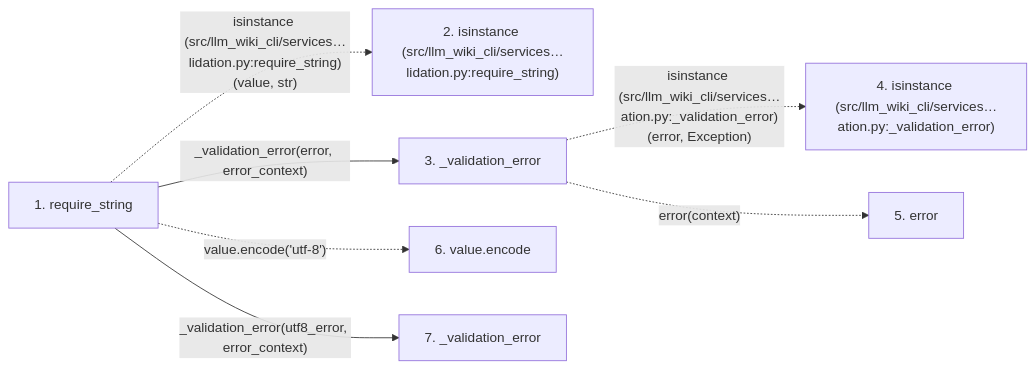
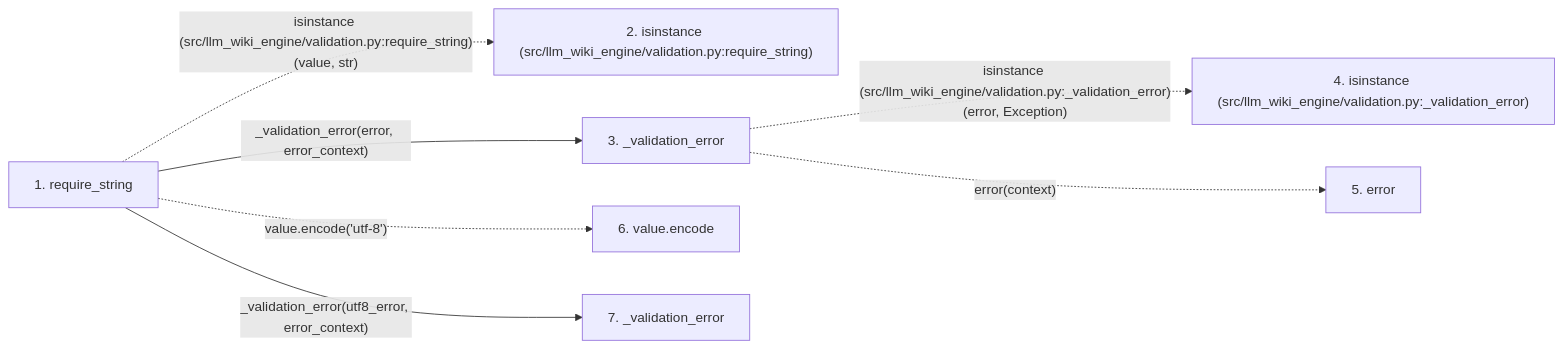
One commit to Denissvgn/python-wiki-llm changed the second of 2 diagrams in docs/llm_wiki/flows/api-require_string.md. Above: the diagram before and after it, drawn with Mermaid. The commit also changed other lines of this file and 1103 other files, not shown here.

First line of the commit message:
docs: refresh the wiki for the llm-wiki-engine distribution

````diff
--- a/docs/llm_wiki/flows/api-require_string.md
+++ b/docs/llm_wiki/flows/api-require_string.md
@@ -45,19 +45,19 @@
 ```mermaid
 flowchart LR
     s1["1. require_string"]
-    s2["2. isinstance (src/llm_wiki_cli/services…lidation.py:require_string)"]
+    s2["2. isinstance (src/llm_wiki_engine/validation.py:require_string)"]
     s3["3. _validation_error"]
-    s4["4. isinstance (src/llm_wiki_cli/services…ation.py:_validation_error)"]
+    s4["4. isinstance (src/llm_wiki_engine/validation.py:_validation_error)"]
     s5["5. error"]
     s6["6. value.encode"]
     s7["7. _validation_error"]
-    s1 -. "isinstance (src/llm_wiki_cli/services…lidation.py:require_string)(value, str)" .-> s2
+    s1 -. "isinstance (src/llm_wiki_engine/validation.py:require_string)(value, str)" .-> s2
     s1 -->|"_validation_error(error, error_context)"| s3
-    s3 -. "isinstance (src/llm_wiki_cli/services…ation.py:_validation_error)(error, Exception)" .-> s4
+    s3 -. "isinstance (src/llm_wiki_engine/validation.py:_validation_error)(error, Exception)" .-> s4
     s3 -. "error(context)" .-> s5
     s1 -. "value.encode('utf-8')" .-> s6
     s1 -->|"_validation_error(utf8_error, error_context)"| s7
     click s1 "../modules/validation.md"
     click s3 "../modules/validation.md"
     click s7 "../modules/validation.md"
 ```
````
